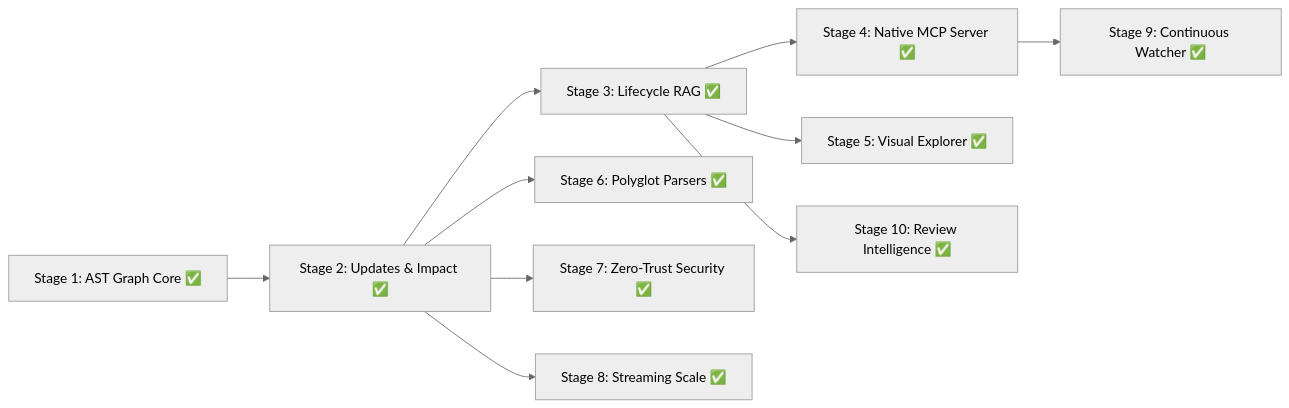
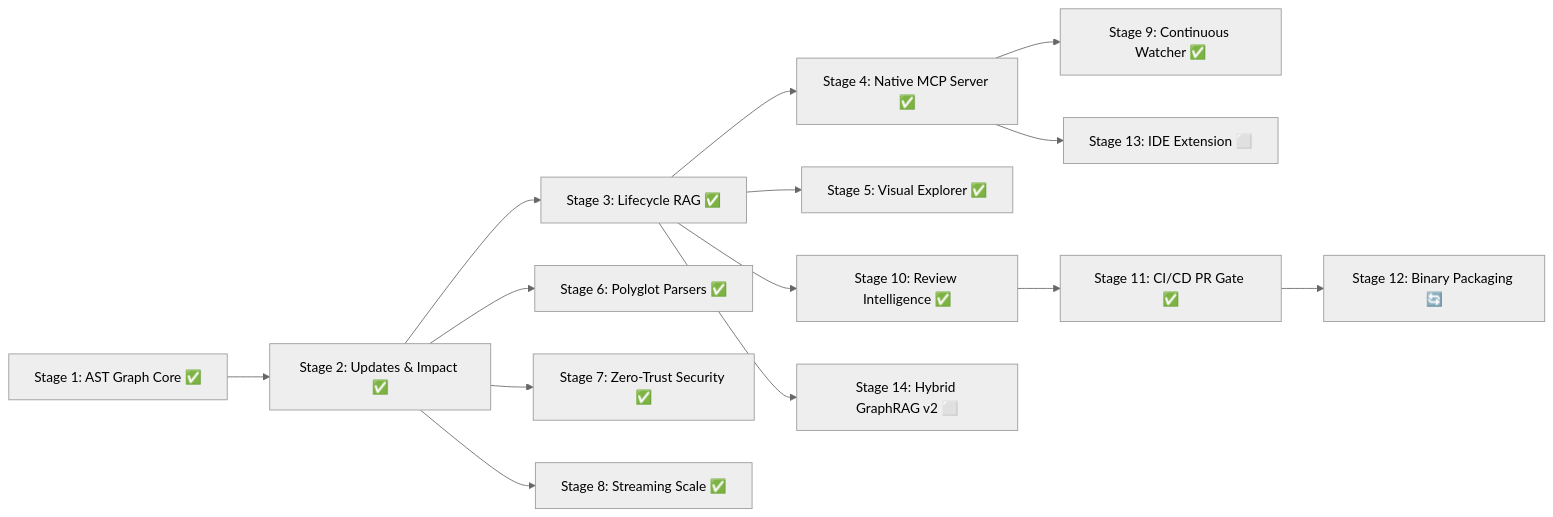
Before and after one commit to sky2464/Agtoosa2: the diagram in docs/Master-Plan.md, drawn with Mermaid (neutral theme). The commit also changed other lines of this file and 12 other files, not shown here.

Commit message:
feat: implement automated CI architectural quality gate with GitHub PR reporting and verification workflows

````diff
--- a/docs/Master-Plan.md
+++ b/docs/Master-Plan.md
@@ -44,12 +45,16 @@
 ```mermaid
 flowchart LR
     S1[Stage 1: AST Graph Core ✅] --> S2[Stage 2: Updates & Impact ✅]
     S2 --> S3[Stage 3: Lifecycle RAG ✅]
     S3 --> S4[Stage 4: Native MCP Server ✅]
     S3 --> S5[Stage 5: Visual Explorer ✅]
     S2 --> S6[Stage 6: Polyglot Parsers ✅]
     S2 --> S7[Stage 7: Zero-Trust Security ✅]
     S2 --> S8[Stage 8: Streaming Scale ✅]
     S4 --> S9[Stage 9: Continuous Watcher ✅]
     S3 --> S10[Stage 10: Review Intelligence ✅]
+    S10 --> S11[Stage 11: CI/CD PR Gate ✅]
+    S11 --> S12[Stage 12: Binary Packaging 🔄]
+    S4 --> S13[Stage 13: IDE Extension ⬜]
+    S3 --> S14[Stage 14: Hybrid GraphRAG v2 ⬜]
 ```
````
